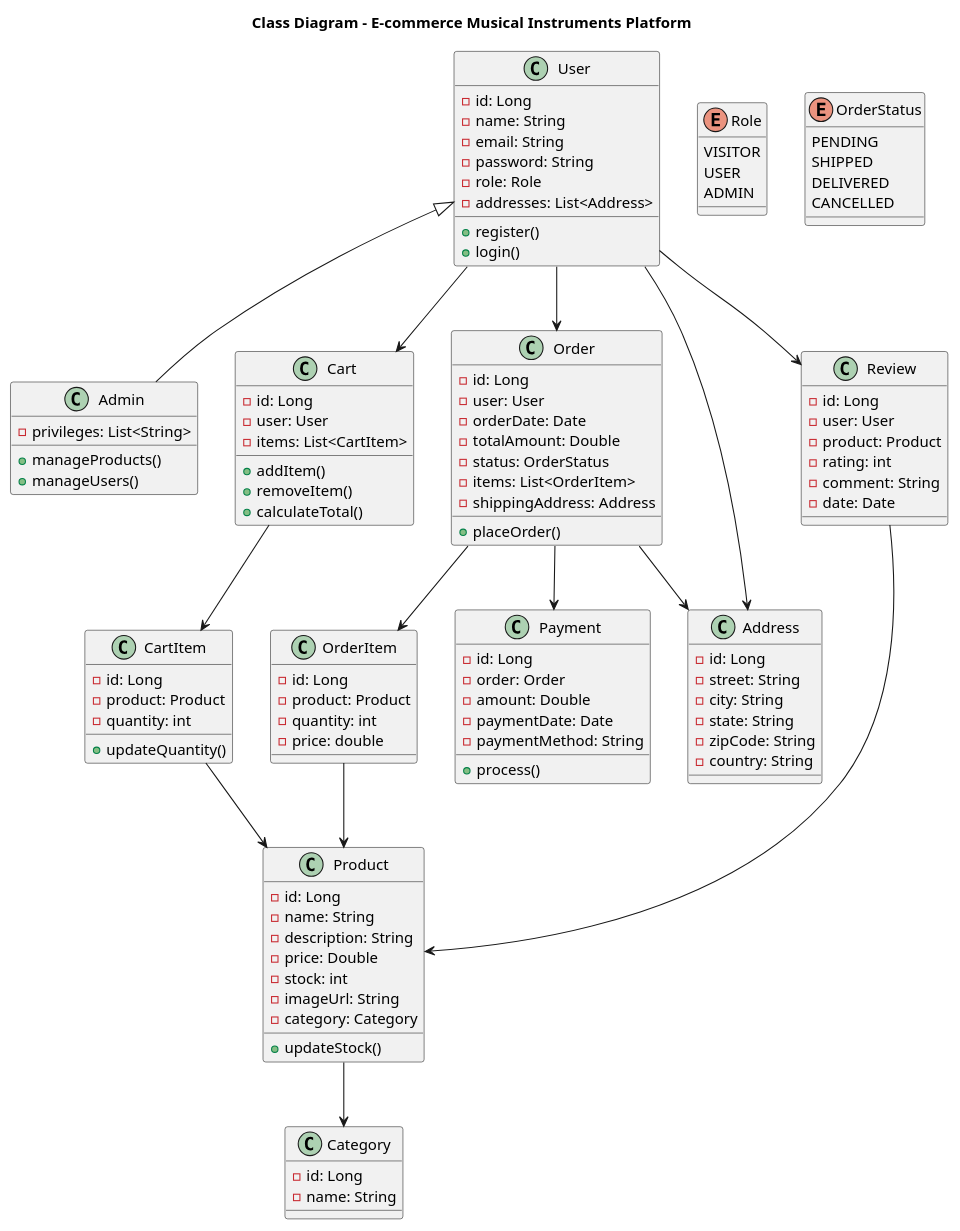
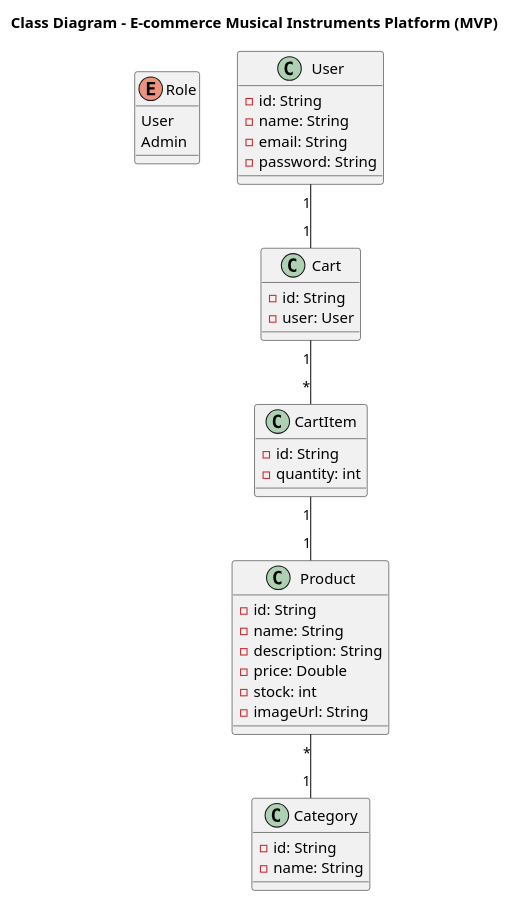
One commit to ENSET-WEB/Web-Project changed the diagram in UML/ClassDiagram/ClassDiagram.md. Above: the diagram before and after it, drawn with PlantUML. The commit also changed 17 other files, not shown here.

````diff
--- a/UML/ClassDiagram/ClassDiagram.md
+++ b/UML/ClassDiagram/ClassDiagram.md
@@ -1,130 +1,48 @@
 ```plantuml
 @startuml
-title Class Diagram - E-commerce Musical Instruments Platform
+title Class Diagram - E-commerce Musical Instruments Platform (MVP)
+
+enum Role {
+    User
+    Admin
+}
 
 class User {
-  - id: Long
+  - id: String
   - name: String
   - email: String
   - password: String
-  - role: Role
-  - addresses: List<Address>
-  + register()
-  + login()
-}
-
-enum Role {
-  VISITOR
-  USER
-  ADMIN
-}
-
-class Admin {
-  - privileges: List<String>
-  + manageProducts()
-  + manageUsers()
 }
 
 class Product {
-  - id: Long
+  - id: String
   - name: String
   - description: String
   - price: Double
   - stock: int
   - imageUrl: String
-  - category: Category
-  + updateStock()
 }
 
 class Category {
-  - id: Long
+  - id: String
   - name: String
 }
 
 class Cart {
-  - id: Long
+  - id: String
   - user: User
-  - items: List<CartItem>
-  + addItem()
-  + removeItem()
-  + calculateTotal()
 }
 
 class CartItem {
-  - id: Long
-  - product: Product
+  - id: String
   - quantity: int
-  + updateQuantity()
-}
-
-class Order {
-  - id: Long
-  - user: User
-  - orderDate: Date
-  - totalAmount: Double
-  - status: OrderStatus
-  - items: List<OrderItem>
-  - shippingAddress: Address
-  + placeOrder()
-}
-
-enum OrderStatus {
-  PENDING
-  SHIPPED
-  DELIVERED
-  CANCELLED
-}
-
-class OrderItem {
-  - id: Long
-  - product: Product
-  - quantity: int
-  - price: double
-}
-
-class Address {
-  - id: Long
-  - street: String
-  - city: String
-  - state: String
-  - zipCode: String
-  - country: String
-}
-
-class Payment {
-  - id: Long
-  - order: Order
-  - amount: Double
-  - paymentDate: Date
-  - paymentMethod: String
-  + process()
-}
-
-class Review {
-  - id: Long
-  - user: User
-  - product: Product
-  - rating: int
-  - comment: String
-  - date: Date
 }
 
 ' Relationships
-User --> Cart
-User --> Order
-User --> Review
-User --> Address
-User <|-- Admin
-
-Product --> Category
-Cart --> CartItem
-CartItem --> Product
-Order --> OrderItem
-OrderItem --> Product
-Order --> Address
-Order --> Payment
-Review --> Product
+User "1" -- "1" Cart
+Product "*" -- "1" Category
+Cart "1" -- "*" CartItem
+CartItem "1" -- "1" Product
 
 @enduml
-
 ```
````
